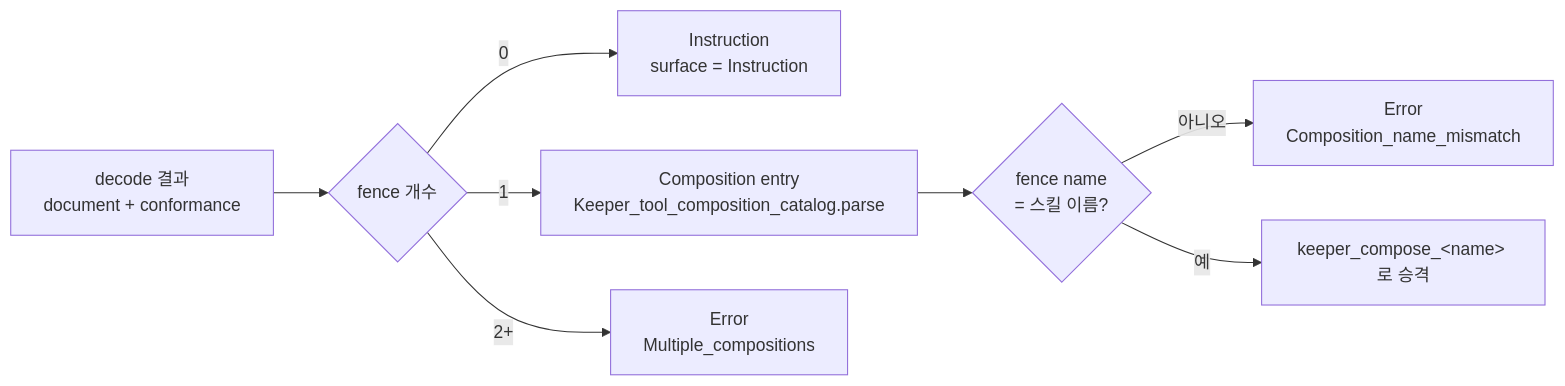
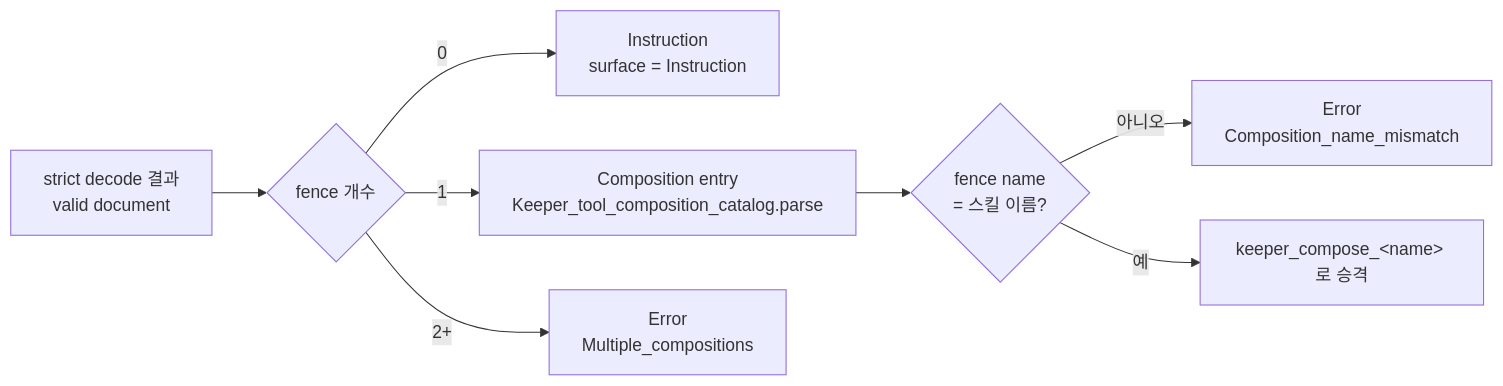
The second of 4 diagrams in docs/SKILLS-FLOW.md (jeong-sik/masc), drawn with Mermaid before and after one commit. The commit also changed other lines of this file and 24 other files, not shown here.

````diff
--- a/docs/SKILLS-FLOW.md
+++ b/docs/SKILLS-FLOW.md
@@ -57,10 +52,10 @@
 ```mermaid
 flowchart LR
-  D["decode 결과<br/>document + conformance"] --> Q{"fence 개수"}
+  D["strict decode 결과<br/>valid document"] --> Q{"fence 개수"}
   Q -->|"0"| INS["Instruction<br/>surface = Instruction"]
   Q -->|"1"| COM["Composition entry<br/>Keeper_tool_composition_catalog.parse"]
   Q -->|"2+"| ERR2["Error<br/>Multiple_compositions"]
   COM --> NM{"fence name<br/>= 스킬 이름?"}
   NM -->|"아니오"| ERR3["Error<br/>Composition_name_mismatch"]
   NM -->|"예"| OK["keeper_compose_&lt;name&gt; 로 승격"]
 ```
````
